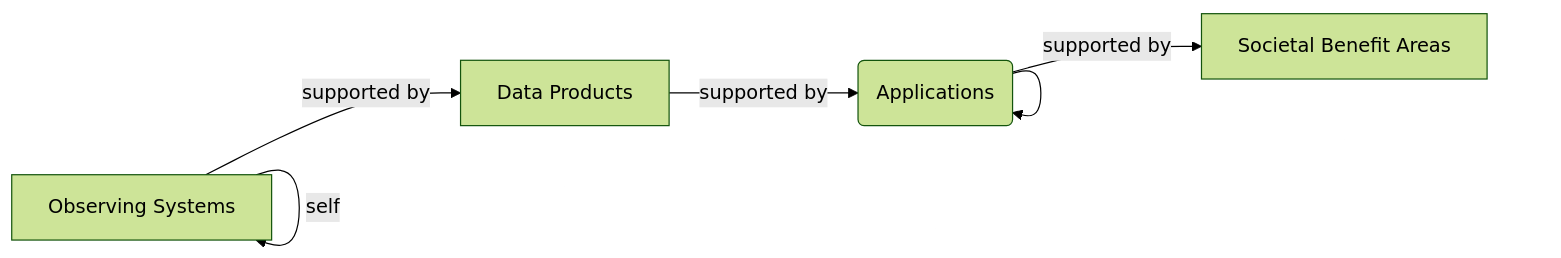
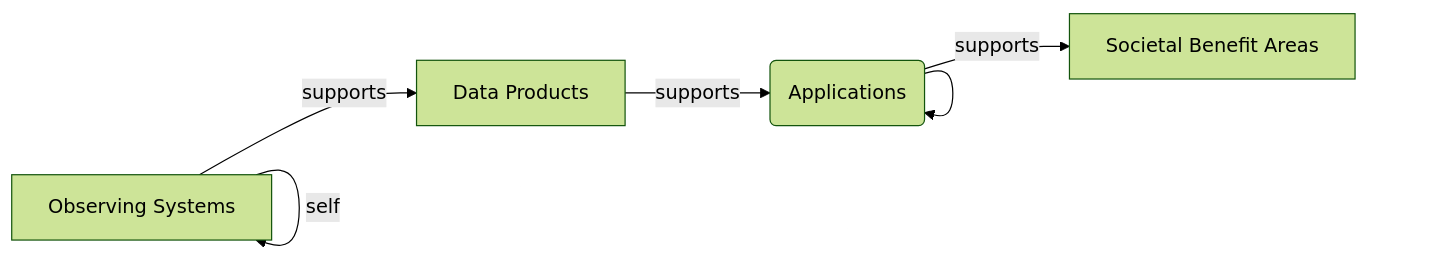
The diagram in glossary.md (nsidc/usaon-vta-docs), drawn with Mermaid (forest theme) before and after one commit.

Commit message:
Update verbs

````diff
--- a/glossary.md
+++ b/glossary.md
@@ -98,8 +98,8 @@
 ```mermaid
 flowchart LR
-    A[Observing Systems]--> |supported by| B[Data Products]
+    A[Observing Systems]--> |supports| B[Data Products]
     A --> |self| A
-    B --> |supported by| C(Applications)
+    B --> |supports| C(Applications)
     C --> C
-    C --> |supported by| D[Societal Benefit Areas]
+    C --> |supports| D[Societal Benefit Areas]
 ```
````
